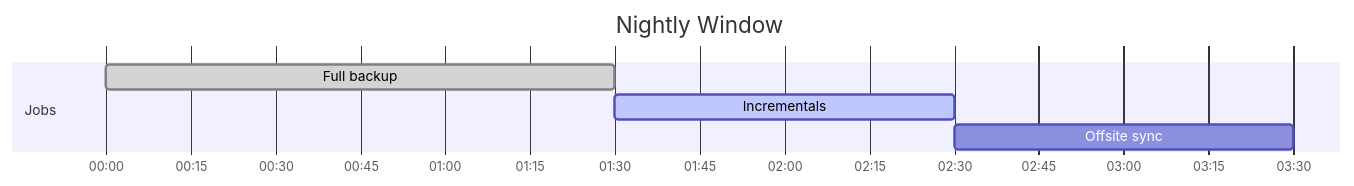
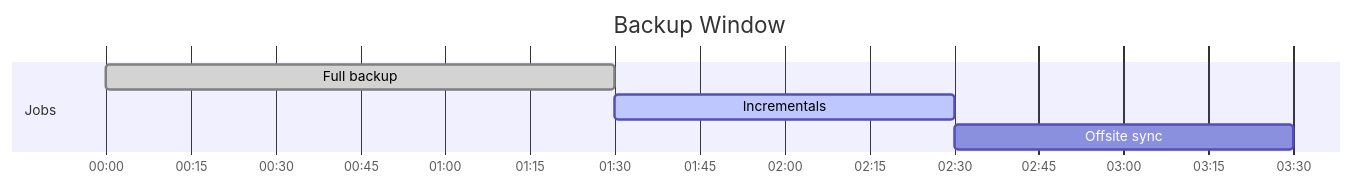
One commit to LieutenantJimmy/M143_PE24c_Homelab_Backup_Concept changed the seventh of 9 diagrams in 01-Concept/backup_concept.md. Above: the diagram before and after it, drawn with Mermaid. The commit also changed other lines of this file, not shown here.

````diff
--- a/01-Concept/backup_concept.md
+++ b/01-Concept/backup_concept.md
@@ -84,10 +94,10 @@
 ```mermaid
 gantt
   dateFormat  HH:mm
   axisFormat  %H:%M
-  title Nightly Window
+  title Backup Window
   section Jobs
   Full backup       :done,    00:00, 01:30
   Incrementals      :active,  01:30, 02:30
   Offsite sync      :         02:30, 03:30
 ```
````
